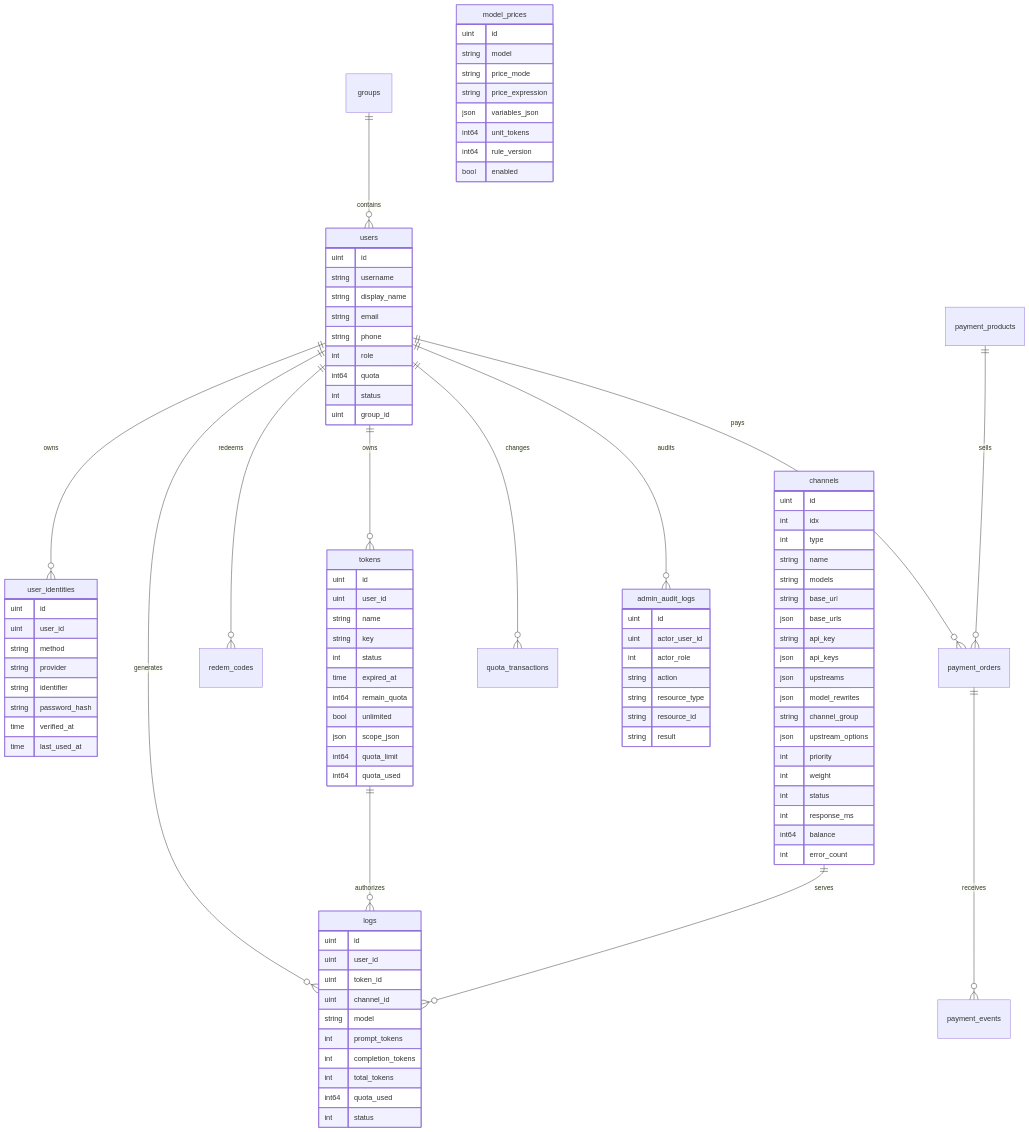
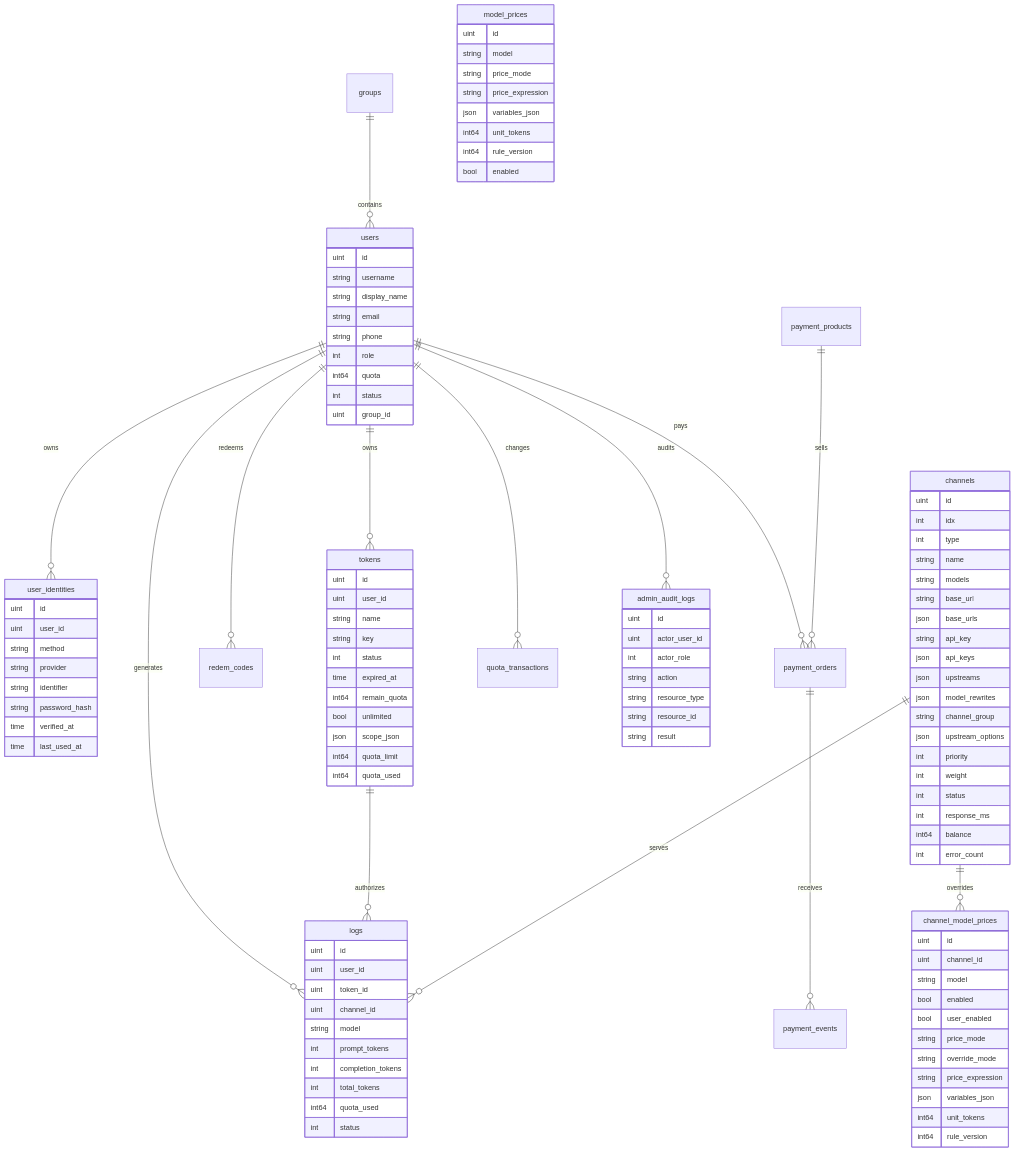
Before and after one commit to jellyfish-p/RouterX: the diagram in docs/DATA_MODEL.md, drawn with Mermaid. The commit also changed other lines of this file and 21 other files, not shown here.

Commit message:
feat: add channel model price overrides

````diff
--- a/docs/DATA_MODEL.md
+++ b/docs/DATA_MODEL.md
@@ -30,6 +30,7 @@
     channels ||--o{ logs : serves
     payment_products ||--o{ payment_orders : sells
     payment_orders ||--o{ payment_events : receives
+    channels ||--o{ channel_model_prices : overrides
 
     users {
         uint id
@@ -123,4 +124,18 @@
         int64 rule_version
         bool enabled
     }
+
+    channel_model_prices {
+        uint id
+        uint channel_id
+        string model
+        bool enabled
+        bool user_enabled
+        string price_mode
+        string override_mode
+        string price_expression
+        json variables_json
+        int64 unit_tokens
+        int64 rule_version
+    }
 ```
````
